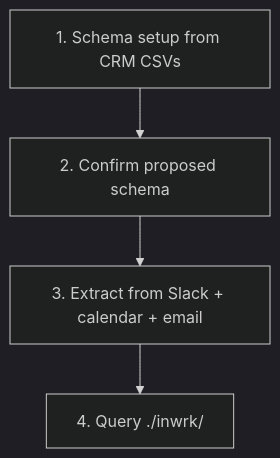
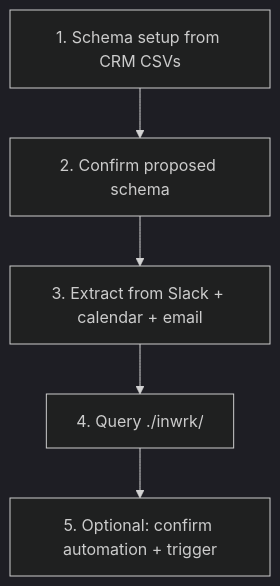
One commit to inwrkai/continuity changed the diagram in sample/README.md. Above: the diagram before and after it, drawn with Mermaid (dark theme). The commit also changed other lines of this file and 11 other files, not shown here.

````diff
--- a/sample/README.md
+++ b/sample/README.md
@@ -37,9 +37,10 @@
 ```mermaid
 flowchart TD
   setup["1. Schema setup from CRM CSVs"]
   confirm["2. Confirm proposed schema"]
   extract["3. Extract from Slack + calendar + email"]
   query["4. Query ./inwrk/"]
+  auto["5. Optional: confirm automation + trigger"]
 
-  setup --> confirm --> extract --> query
+  setup --> confirm --> extract --> query --> auto
 ```
````
